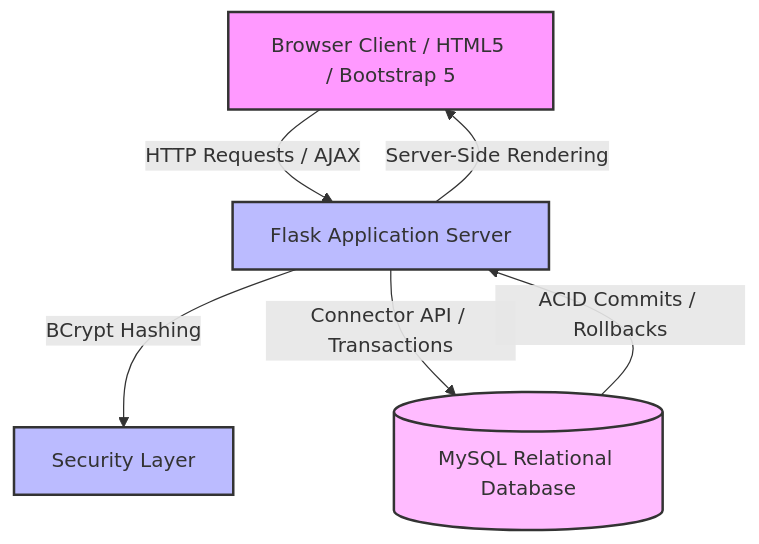
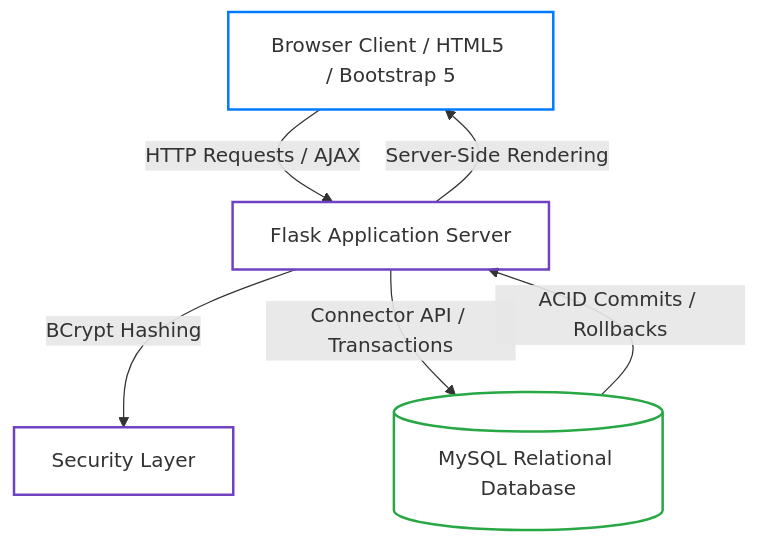
The first of 2 diagrams in README.md (Dakshified/DBMS-Banking-system), drawn with Mermaid before and after one commit.

````diff
--- a/README.md
+++ b/README.md
@@ -56,19 +56,19 @@
 ```mermaid
 graph TD
     %% Styling
-    classDef client fill:#f9f,stroke:#333,stroke-width:2px;
-    classDef server fill:#bbf,stroke:#333,stroke-width:2px;
-    classDef db fill:#fbf,stroke:#333,stroke-width:2px;
+    classDef client fill:none,stroke:#007bff,stroke-width:2px;
+    classDef server fill:none,stroke:#6f42c1,stroke-width:2px;
+    classDef db fill:none,stroke:#28a745,stroke-width:2px;
 
     %% Nodes
     A[Browser Client / HTML5 / Bootstrap 5] -->|HTTP Requests / AJAX| B[Flask Application Server]
     B -->|BCrypt Hashing| C[Security Layer]
     B -->|Connector API / Transactions| D[(MySQL Relational Database)]
     D -->|ACID Commits / Rollbacks| B
     B -->|Server-Side Rendering| A
 
     %% Classes
     class A client;
     class B,C server;
     class D db;
 ```
````
